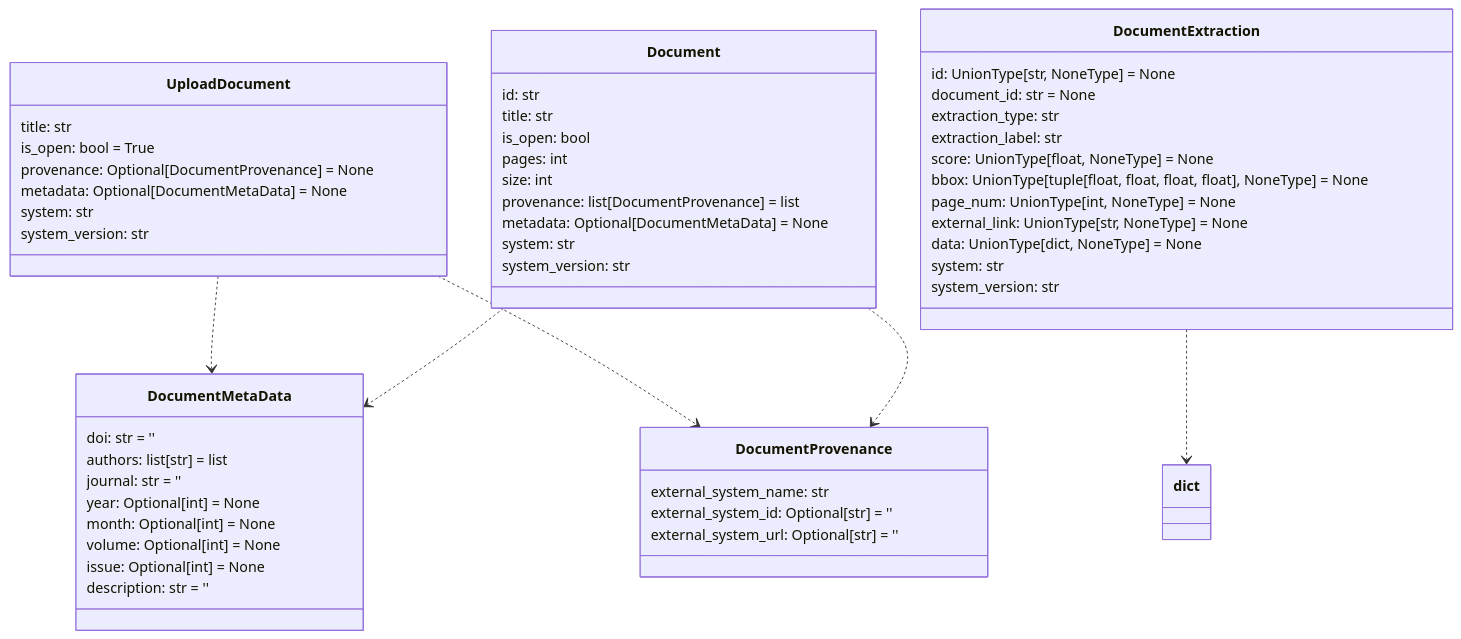
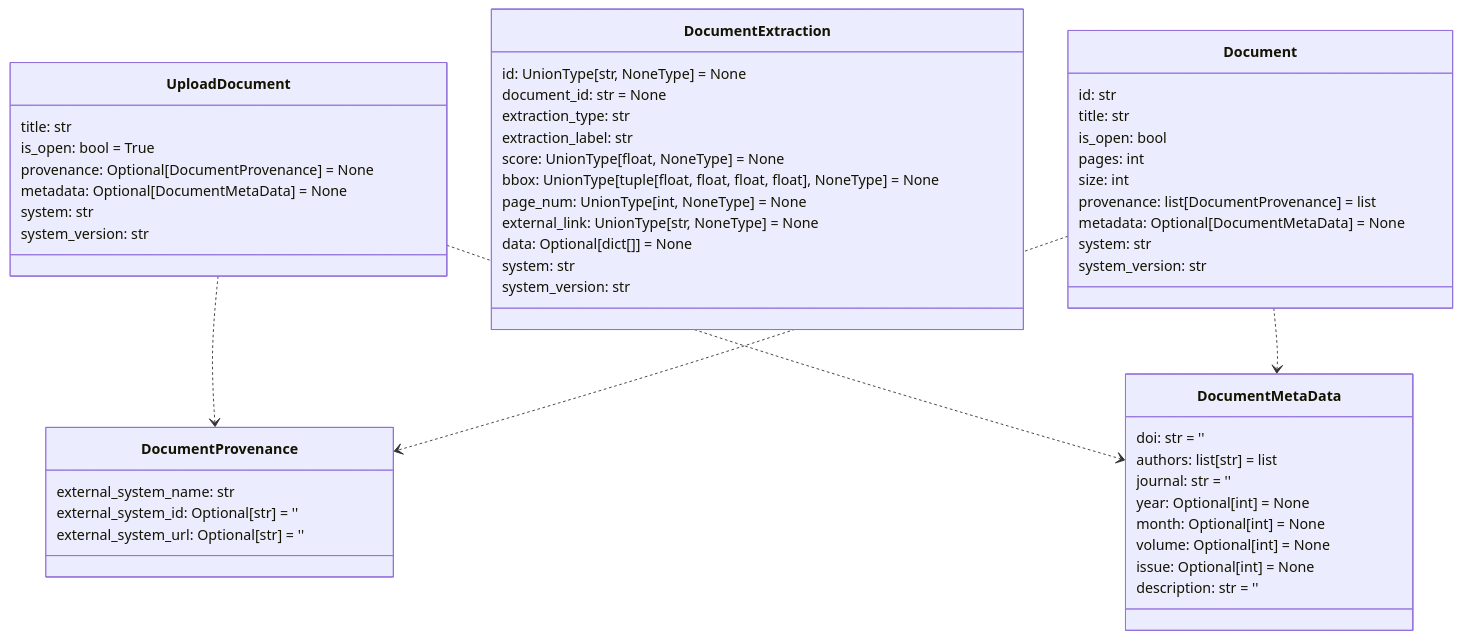
One commit to DARPA-CRITICALMAAS/cdr_schemas changed the ninth of 12 diagrams in README.md. Above: the diagram before and after it, drawn with Mermaid.

````diff
--- a/README.md
+++ b/README.md
@@ -625,63 +625,62 @@
 ```mermaid
 classDiagram
 
     class DocumentMetaData {
         doi: str = ''
         authors: list[str] = list
         journal: str = ''
         year: Optional[int] = None
         month: Optional[int] = None
         volume: Optional[int] = None
         issue: Optional[int] = None
         description: str = ''
-    }
-
-    class UploadDocument {
-        title: str
-        is_open: bool = True
-        provenance: Optional[DocumentProvenance] = None
-        metadata: Optional[DocumentMetaData] = None
-        system: str
-        system_version: str
     }
 
     class DocumentProvenance {
         external_system_name: str
         external_system_id: Optional[str] = ''
         external_system_url: Optional[str] = ''
     }
 
     class Document {
         id: str
         title: str
         is_open: bool
         pages: int
         size: int
         provenance: list[DocumentProvenance] = list
         metadata: Optional[DocumentMetaData] = None
         system: str
         system_version: str
     }
 
     class DocumentExtraction {
         id: UnionType[str, NoneType] = None
         document_id: str = None
         extraction_type: str
         extraction_label: str
         score: UnionType[float, NoneType] = None
         bbox: UnionType[tuple[float, float, float, float], NoneType] = None
         page_num: UnionType[int, NoneType] = None
         external_link: UnionType[str, NoneType] = None
-        data: UnionType[dict, NoneType] = None
+        data: Optional[dict[]] = None
         system: str
         system_version: str
     }
 
+    class UploadDocument {
+        title: str
+        is_open: bool = True
+        provenance: Optional[DocumentProvenance] = None
+        metadata: Optional[DocumentMetaData] = None
+        system: str
+        system_version: str
+    }
+
+    UploadDocument ..> DocumentProvenance
     UploadDocument ..> DocumentMetaData
-    UploadDocument ..> DocumentProvenance
+    Document ..> DocumentProvenance
     Document ..> DocumentMetaData
-    Document ..> DocumentProvenance
-    DocumentExtraction ..> dict
 
 
 ```
````
